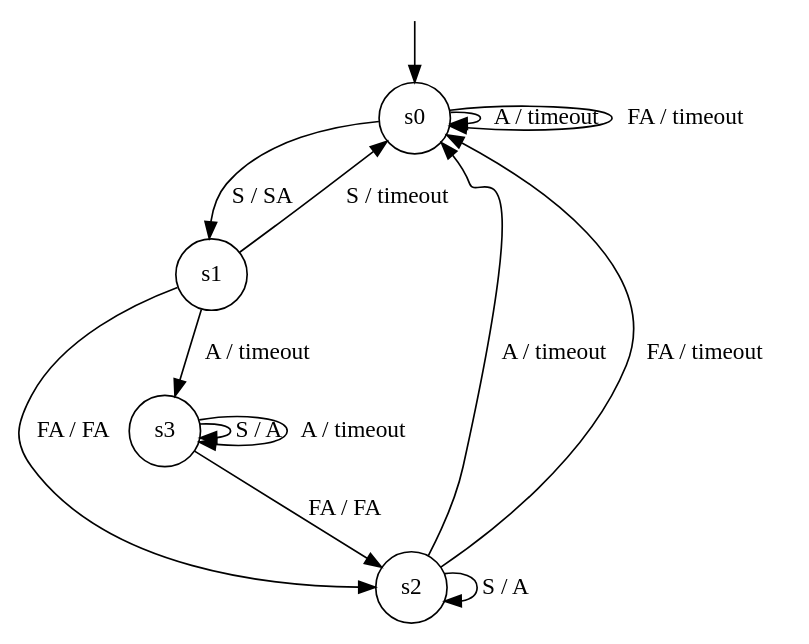
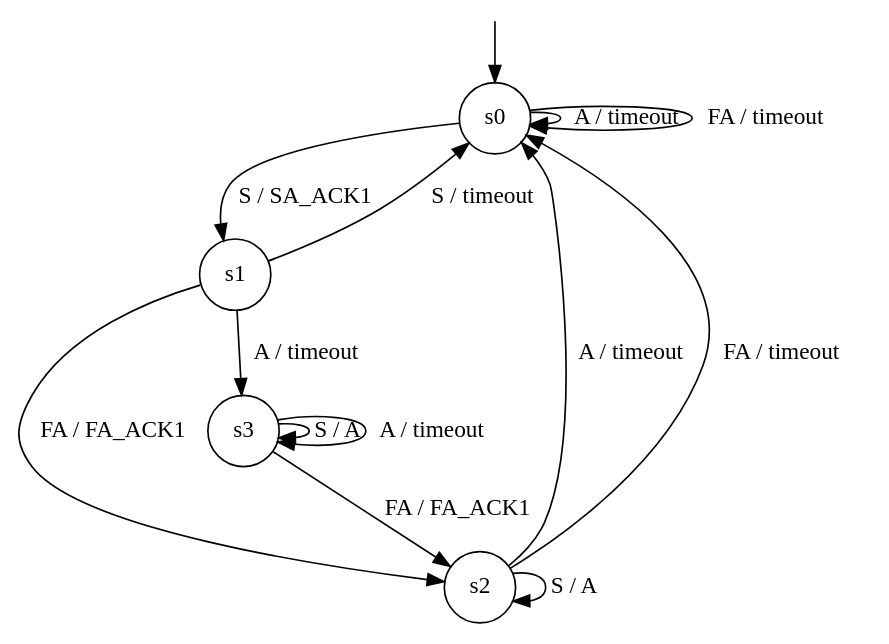
Before and after one commit to protocol-fuzzing/TCP-Fuzzer: the diagram in experiments/models/ubuntu-linux-6.17.0-23-generic/hyp2.dot, drawn with Graphviz. The commit also changed 5 other files, not shown here.

Commit message:
Fix: Match DPI alerts to the active TCP flow. Update CI experiments.

```diff
--- a/experiments/models/ubuntu-linux-6.17.0-23-generic/hyp2.dot
+++ b/experiments/models/ubuntu-linux-6.17.0-23-generic/hyp2.dot
@@ -1,23 +1,23 @@
 digraph g {
 
 	s0 [shape="circle" label="s0"];
 	s1 [shape="circle" label="s1"];
 	s2 [shape="circle" label="s2"];
 	s3 [shape="circle" label="s3"];
-	s0 -> s1 [label="S / SA"];
+	s0 -> s1 [label="S / SA_ACK1"];
 	s0 -> s0 [label="A / timeout"];
 	s0 -> s0 [label="FA / timeout"];
 	s1 -> s0 [label="S / timeout"];
 	s1 -> s3 [label="A / timeout"];
-	s1 -> s2 [label="FA / FA"];
+	s1 -> s2 [label="FA / FA_ACK1"];
 	s2 -> s2 [label="S / A"];
 	s2 -> s0 [label="A / timeout"];
 	s2 -> s0 [label="FA / timeout"];
 	s3 -> s3 [label="S / A"];
 	s3 -> s3 [label="A / timeout"];
-	s3 -> s2 [label="FA / FA"];
+	s3 -> s2 [label="FA / FA_ACK1"];
 
 __start0 [label="" shape="none" width="0" height="0"];
 __start0 -> s0;
 
 }
```
